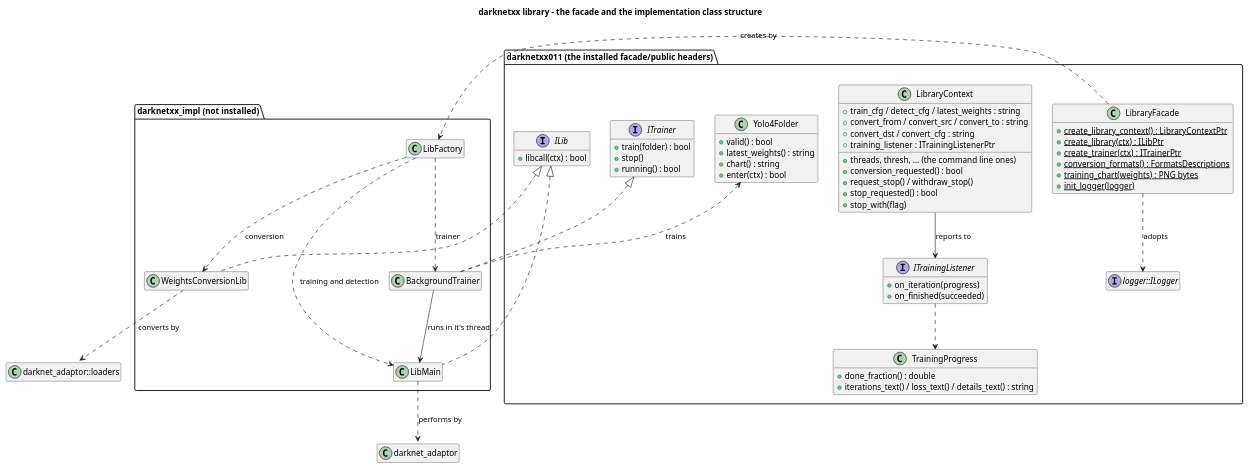
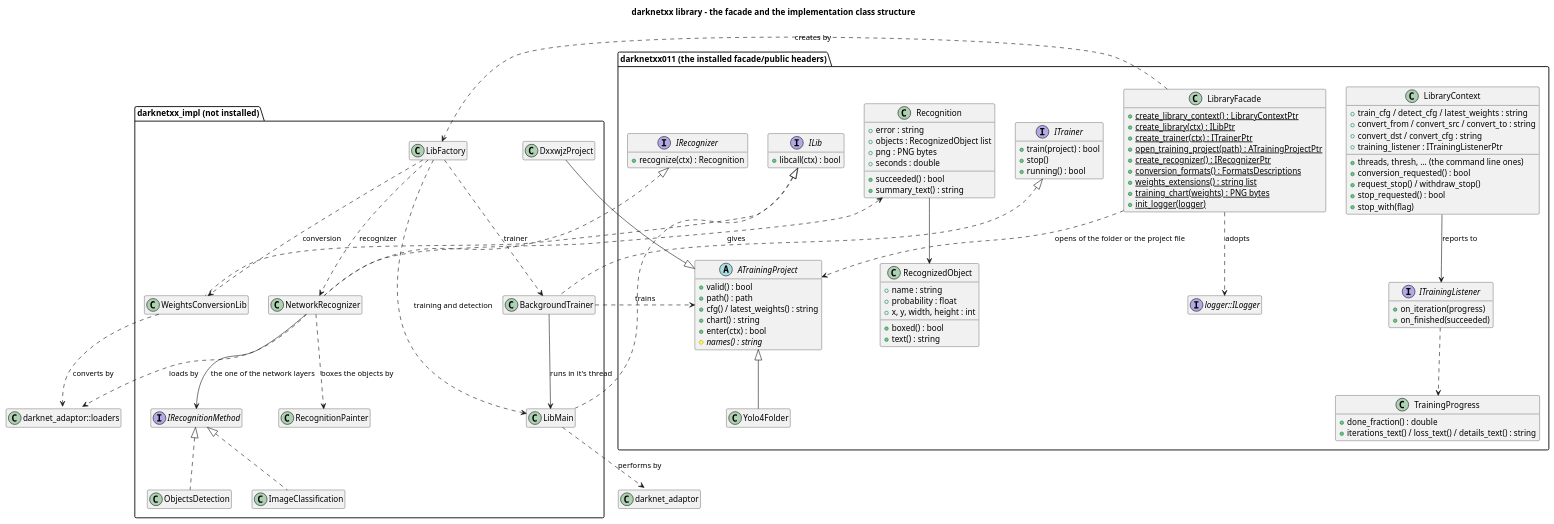
The diagram in doc/diagrams/library-classes.puml (yuriysydor1991/darknetxx), drawn with PlantUML before and after one commit. The commit also changed 40 other files, not shown here.

```diff
--- a/doc/diagrams/library-classes.puml
+++ b/doc/diagrams/library-classes.puml
@@ -1,80 +1,126 @@
 @startuml library-classes
 title darknetxx library - the facade and the implementation class structure
 
 skinparam shadowing false
 hide empty members
 
 package "darknetxx011 (the installed facade/public headers)" {
   class LibraryFacade {
     +{static} create_library_context() : LibraryContextPtr
     +{static} create_library(ctx) : ILibPtr
     +{static} create_trainer(ctx) : ITrainerPtr
+    +{static} open_training_project(path) : ATrainingProjectPtr
+    +{static} create_recognizer() : IRecognizerPtr
     +{static} conversion_formats() : FormatsDescriptions
+    +{static} weights_extensions() : string list
     +{static} training_chart(weights) : PNG bytes
     +{static} init_logger(logger)
   }
 
   class LibraryContext {
     +train_cfg / detect_cfg / latest_weights : string
     +threads, thresh, ... (the command line ones)
     +convert_from / convert_src / convert_to : string
     +convert_dst / convert_cfg : string
     +training_listener : ITrainingListenerPtr
     +conversion_requested() : bool
     +request_stop() / withdraw_stop()
     +stop_requested() : bool
     +stop_with(flag)
   }
 
   interface ILib {
     +libcall(ctx) : bool
   }
 
   interface ITrainer {
-    +train(folder) : bool
+    +train(project) : bool
     +stop()
     +running() : bool
   }
 
   interface ITrainingListener {
     +on_iteration(progress)
     +on_finished(succeeded)
   }
 
   class TrainingProgress {
     +done_fraction() : double
     +iterations_text() / loss_text() / details_text() : string
   }
 
-  class Yolo4Folder {
+  abstract class ATrainingProject {
     +valid() : bool
-    +latest_weights() : string
+    +path() : path
+    +cfg() / latest_weights() : string
     +chart() : string
     +enter(ctx) : bool
+    #{abstract} names() : string
+  }
+
+  class Yolo4Folder
+
+  interface IRecognizer {
+    +recognize(ctx) : Recognition
+  }
+
+  class Recognition {
+    +error : string
+    +objects : RecognizedObject list
+    +png : PNG bytes
+    +seconds : double
+    +succeeded() : bool
+    +summary_text() : string
+  }
+
+  class RecognizedObject {
+    +name : string
+    +probability : float
+    +x, y, width, height : int
+    +boxed() : bool
+    +text() : string
   }
 
   interface "logger::ILogger" as ILogger
 }
 
 package "darknetxx_impl (not installed)" {
   class LibFactory
   class LibMain
   class WeightsConversionLib
   class BackgroundTrainer
+  class DxxwjzProject
+  class NetworkRecognizer
+  interface IRecognitionMethod
+  class ObjectsDetection
+  class ImageClassification
+  class RecognitionPainter
 }
 
 ILib <|.. LibMain
 ILib <|.. WeightsConversionLib
 ITrainer <|.. BackgroundTrainer
+IRecognizer <|.. NetworkRecognizer
+IRecognitionMethod <|.. ObjectsDetection
+IRecognitionMethod <|.. ImageClassification
 LibraryFacade ..> LibFactory : creates by
 LibFactory ..> LibMain : training and detection
 LibFactory ..> WeightsConversionLib : conversion
 LibFactory ..> BackgroundTrainer : trainer
+LibFactory ..> NetworkRecognizer : recognizer
+NetworkRecognizer --> IRecognitionMethod : the one of the network layers
+NetworkRecognizer ..> RecognitionPainter : boxes the objects by
+NetworkRecognizer ..> "darknet_adaptor::loaders::OrigDefaultLoader" : loads by
+NetworkRecognizer ..> Recognition : gives
+Recognition --> RecognizedObject
 BackgroundTrainer --> LibMain : runs in it's thread
 LibMain ..> "darknet_adaptor::DarknetController" : performs by
 WeightsConversionLib ..> "darknet_adaptor::loaders::WeightsConverter" : converts by
 LibraryContext --> ITrainingListener : reports to
 ITrainingListener ..> TrainingProgress
-BackgroundTrainer ..> Yolo4Folder : trains
+ATrainingProject <|-- Yolo4Folder
+ATrainingProject <|-- DxxwjzProject
+LibraryFacade ..> ATrainingProject : opens of the folder or the project file
+BackgroundTrainer ..> ATrainingProject : trains
 LibraryFacade ..> ILogger : adopts
 @enduml
```
